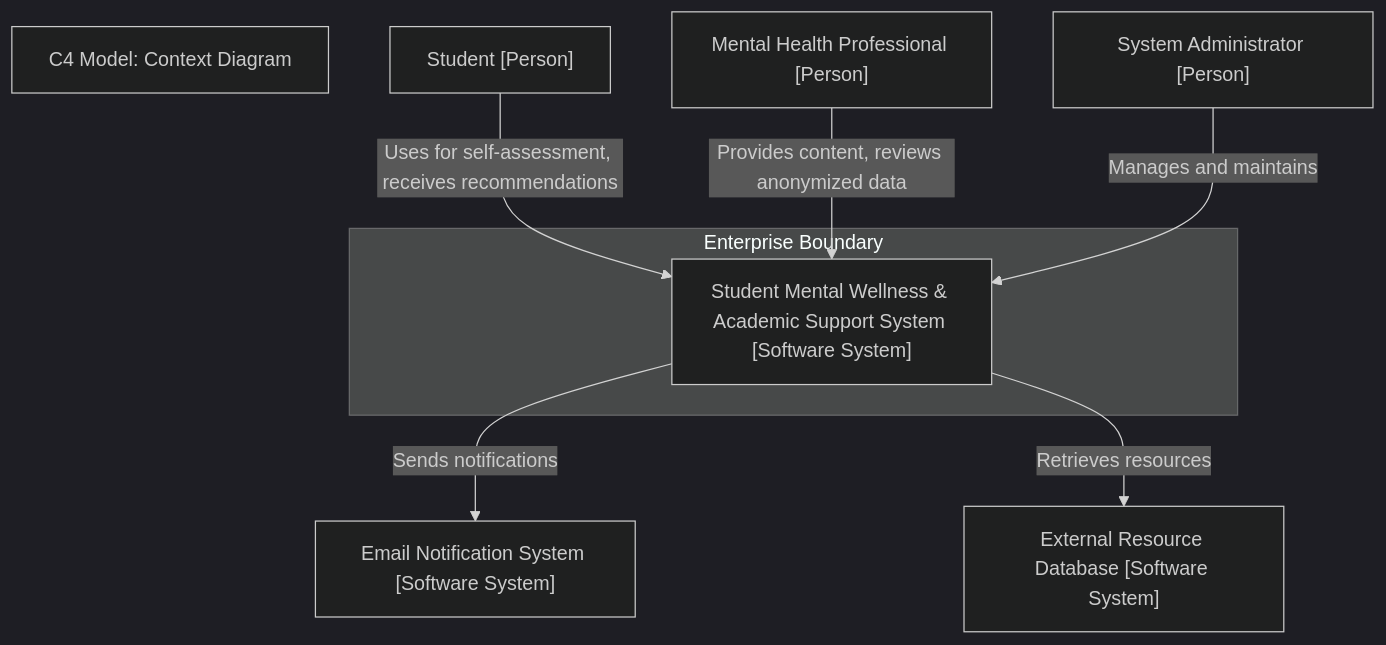
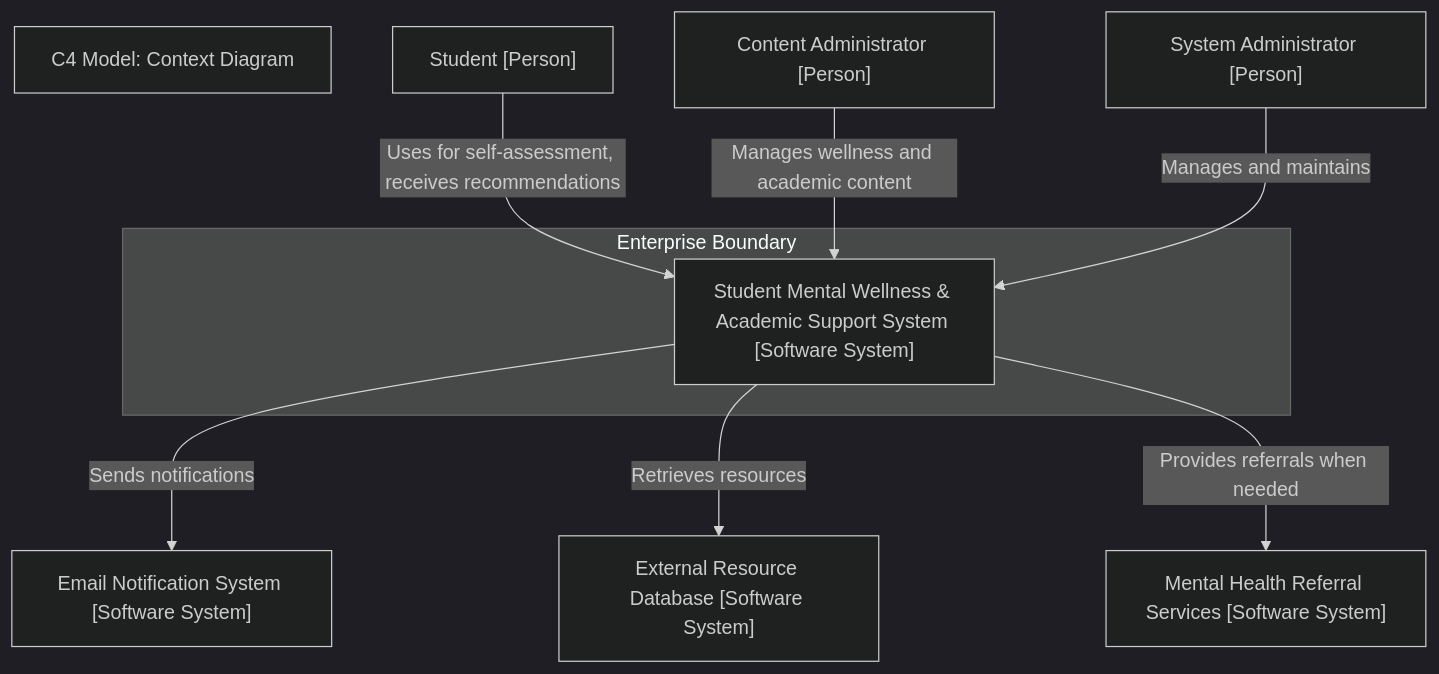
One commit to ZiyandaPetela/Student_Mental_Wellness_Academic_Support_System changed the first of 4 diagrams in ARCHITECTURE.md. Above: the diagram before and after it, drawn with Mermaid (dark theme). The commit also changed other lines of this file, not shown here.

````diff
--- a/ARCHITECTURE.md
+++ b/ARCHITECTURE.md
@@ -172,21 +187,23 @@
 ```mermaid
 graph TD
     title[C4 Model: Context Diagram]
     Student["Student [Person]"]
-    MentalHealthProfessional["Mental Health Professional [Person]"]
+    ContentAdmin["Content Administrator [Person]"]
     Administrator["System Administrator [Person]"]
     SMWASS["Student Mental Wellness & Academic Support System [Software System]"]
     EmailSystem["Email Notification System [Software System]"]
     ResourceDB["External Resource Database [Software System]"]
+    ReferralServices["Mental Health Referral Services [Software System]"]
     
     Student -->|Uses for self-assessment, receives recommendations| SMWASS
-    MentalHealthProfessional -->|Provides content, reviews anonymized data| SMWASS
+    ContentAdmin -->|Manages wellness and academic content| SMWASS
     Administrator -->|Manages and maintains| SMWASS
     SMWASS -->|Sends notifications| EmailSystem
     SMWASS -->|Retrieves resources| ResourceDB
+    SMWASS -->|Provides referrals when needed| ReferralServices
     
     subgraph "Enterprise Boundary"
         SMWASS
     end
 
 ```
````
